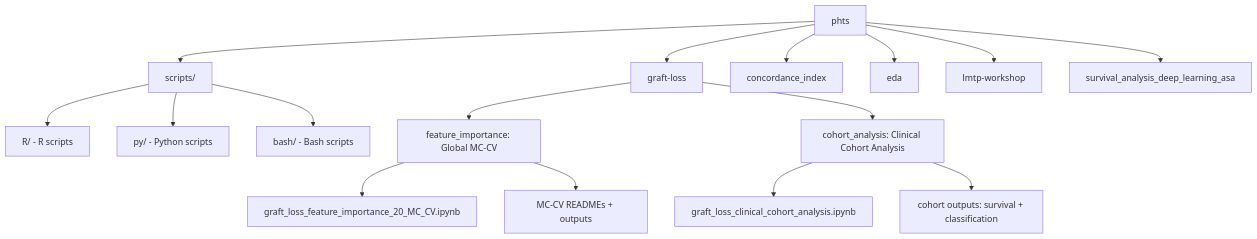
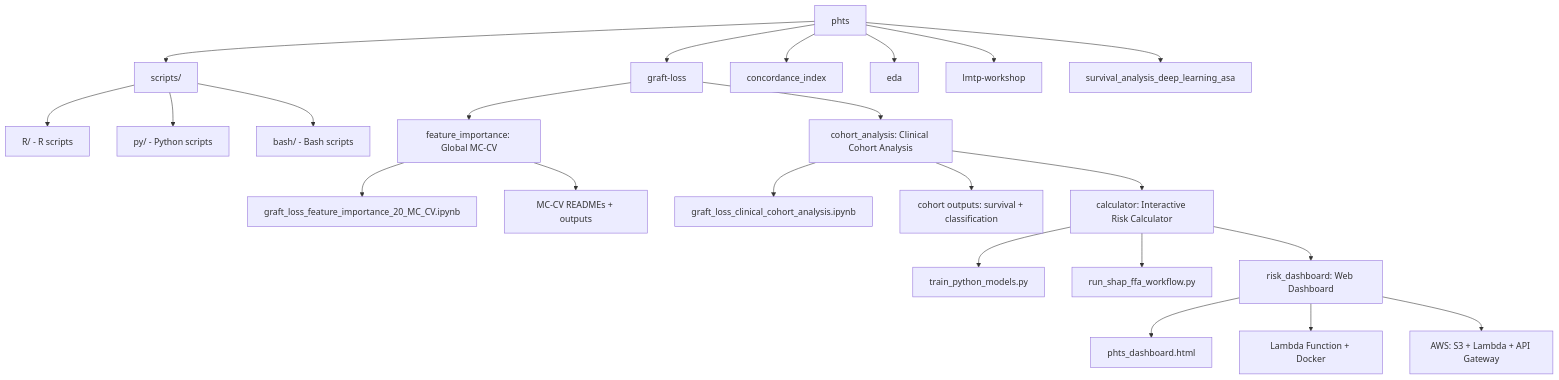
The first of 2 diagrams in README.md (Jerome3590/phts), drawn with Mermaid before and after one commit. The commit also changed other lines of this file, not shown here.

First line of the commit message:
Update root README to include Interactive Risk Calculator

````diff
--- a/README.md
+++ b/README.md
@@ -16,21 +17,29 @@
 ```mermaid
 graph TB
     ROOT[phts] --> SCRIPTS[scripts/]
     ROOT --> GL[graft-loss]
     ROOT --> CI[concordance_index]
     ROOT --> EDA[eda]
     ROOT --> LMTP[lmtp-workshop]
     ROOT --> DL[survival_analysis_deep_learning_asa]
 
     SCRIPTS --> SCRIPTS_R[R/ - R scripts]
     SCRIPTS --> SCRIPTS_PY[py/ - Python scripts]
     SCRIPTS --> SCRIPTS_BASH[bash/ - Bash scripts]
 
     GL --> GL_feat[feature_importance: Global MC-CV]
     GL_feat --> GL_nb[graft_loss_feature_importance_20_MC_CV.ipynb]
     GL_feat --> GL_docs[MC-CV READMEs + outputs]
 
     GL --> GL_cohort[cohort_analysis: Clinical Cohort Analysis]
     GL_cohort --> GL_cohort_nb[graft_loss_clinical_cohort_analysis.ipynb]
     GL_cohort --> GL_cohort_outputs[cohort outputs: survival + classification]
+    
+    GL_cohort --> GL_calc[calculator: Interactive Risk Calculator]
+    GL_calc --> GL_calc_train[train_python_models.py]
+    GL_calc --> GL_calc_shap[run_shap_ffa_workflow.py]
+    GL_calc --> GL_calc_dash[risk_dashboard: Web Dashboard]
+    GL_calc_dash --> GL_calc_html[phts_dashboard.html]
+    GL_calc_dash --> GL_calc_lambda[Lambda Function + Docker]
+    GL_calc_dash --> GL_calc_deploy[AWS: S3 + Lambda + API Gateway]
 ```
````
